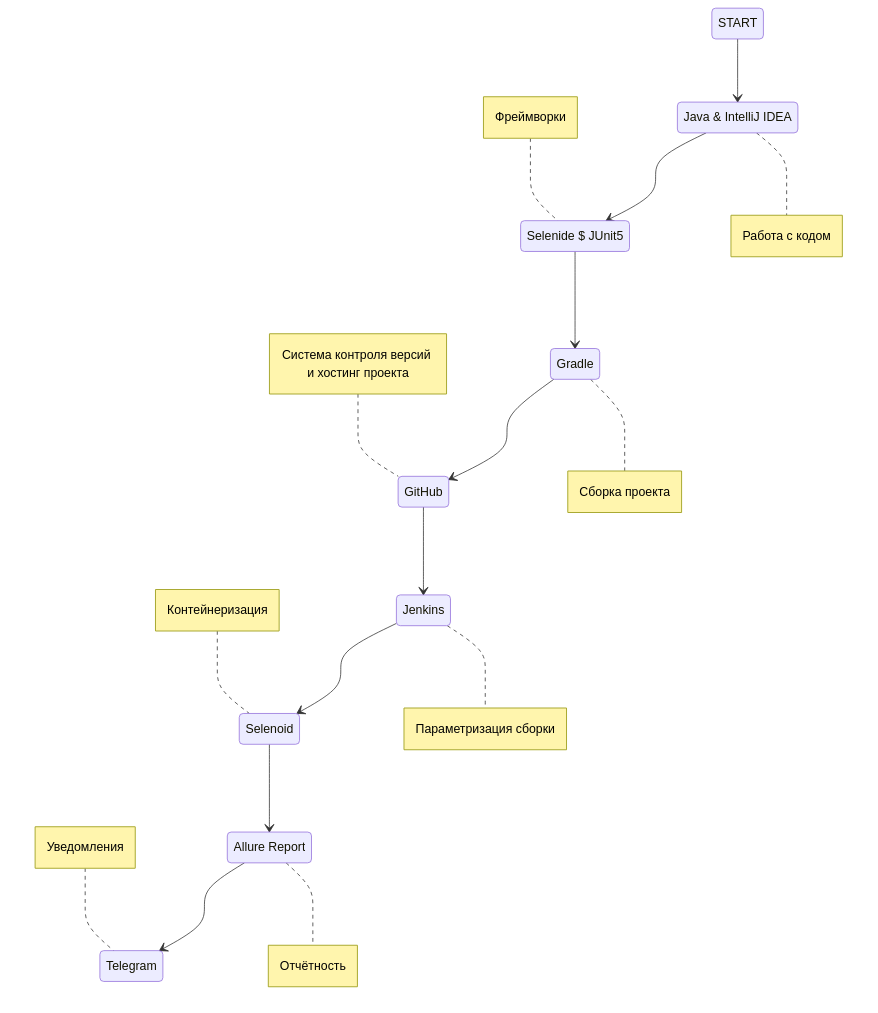
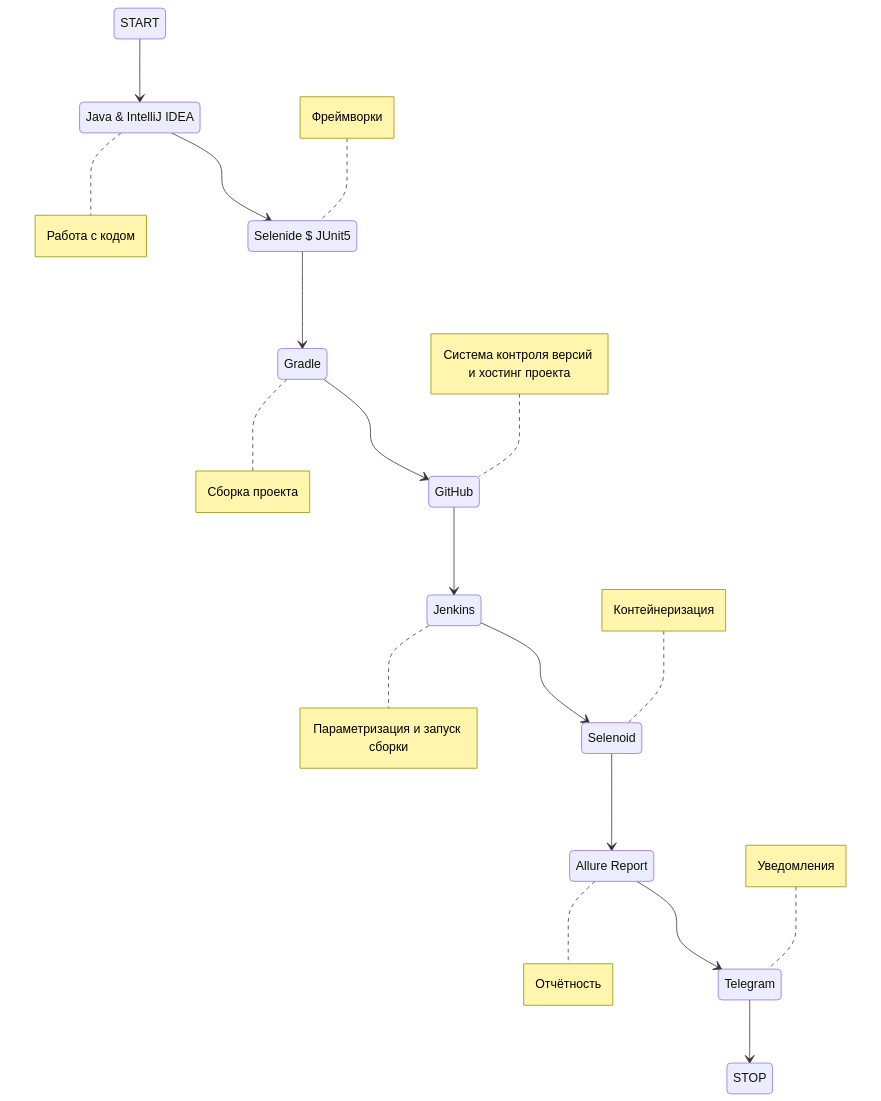
One commit to SergeevSergeiS/Wildberries changed the diagram in README.md. Above: the diagram before and after it, drawn with Mermaid.

Commit message:
README.md created

````diff
--- a/README.md
+++ b/README.md
@@ -1,28 +1,30 @@
 ```mermaid        
     stateDiagram-v2
         State1: START
         State2: Java & IntelliJ IDEA
         State3: Selenide $ JUnit5
         State4: Gradle
         State5: GitHub
         State6: Jenkins
         State7: Selenoid
         State8: Allure Report
         State9: Telegram
+        State10: STOP
         State1 --> State2
         State2 --> State3
         State3 --> State4
         State4 --> State5
         State5 --> State6
         State6 --> State7
         State7 --> State8
         State8 --> State9
+        State9 --> State10
         note right of State2 : Работа с кодом
         note left of State3 : Фреймворки
         note right of State4 : Сборка проекта
         note left of State5 : Система контроля версий и хостинг проекта
-        note right of State6 : Параметризация сборки
+        note right of State6 : Параметризация и запуск сборки
         note left of State7 : Контейнеризация
         note right of State8 : Отчётность
         note left of State9 : Уведомления
 ```
````
